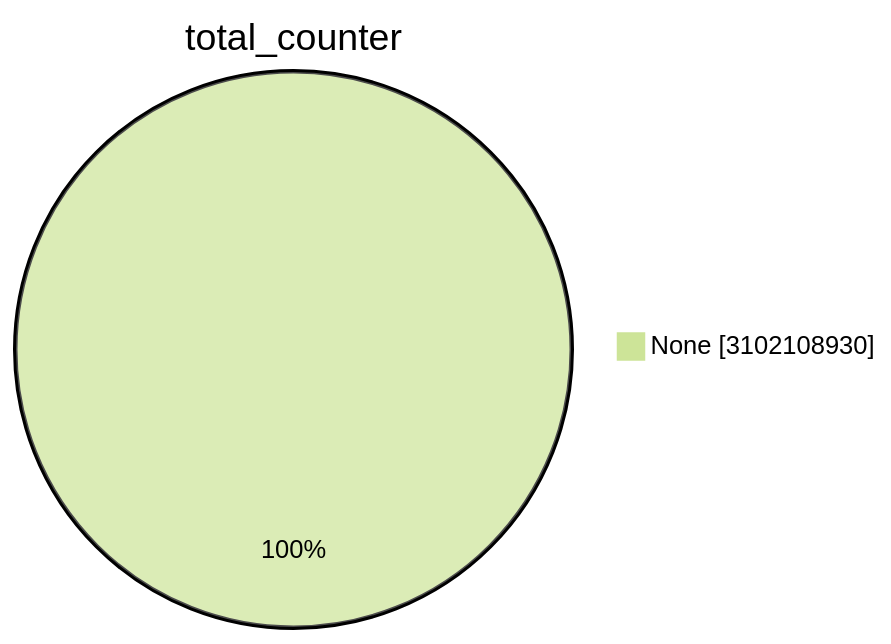
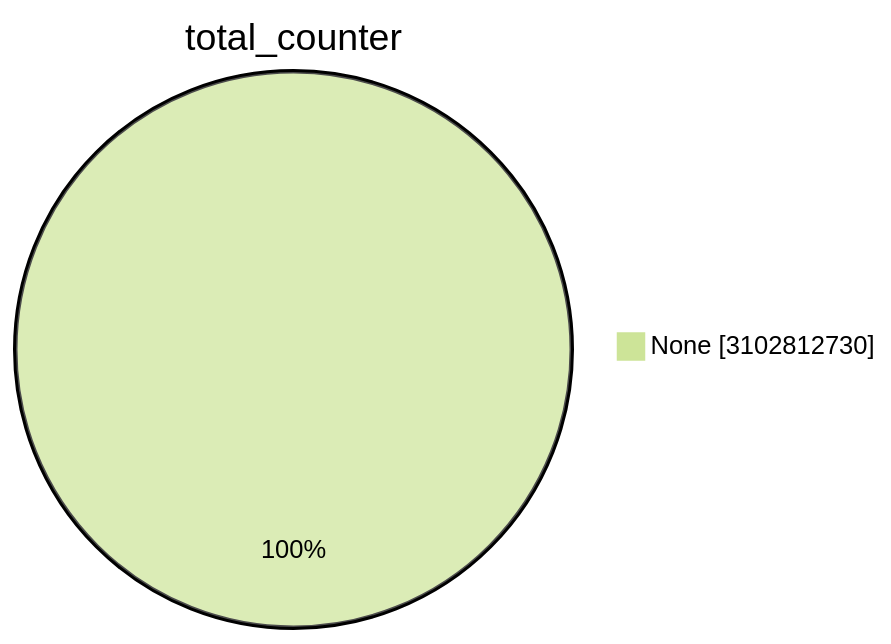
Before and after one commit to christiankrug/ctmonitor_visualization: the first of 15 diagrams in TOTAL/README.md, drawn with Mermaid (forest theme). The commit also changed other lines of this file, not shown here.

````diff
--- a/TOTAL/README.md
+++ b/TOTAL/README.md
@@ -1,5 +1,5 @@
 ```mermaid
 pie showData
 title total_counter
-"None" :3102108930
+"None" :3102812730
 ```
````
